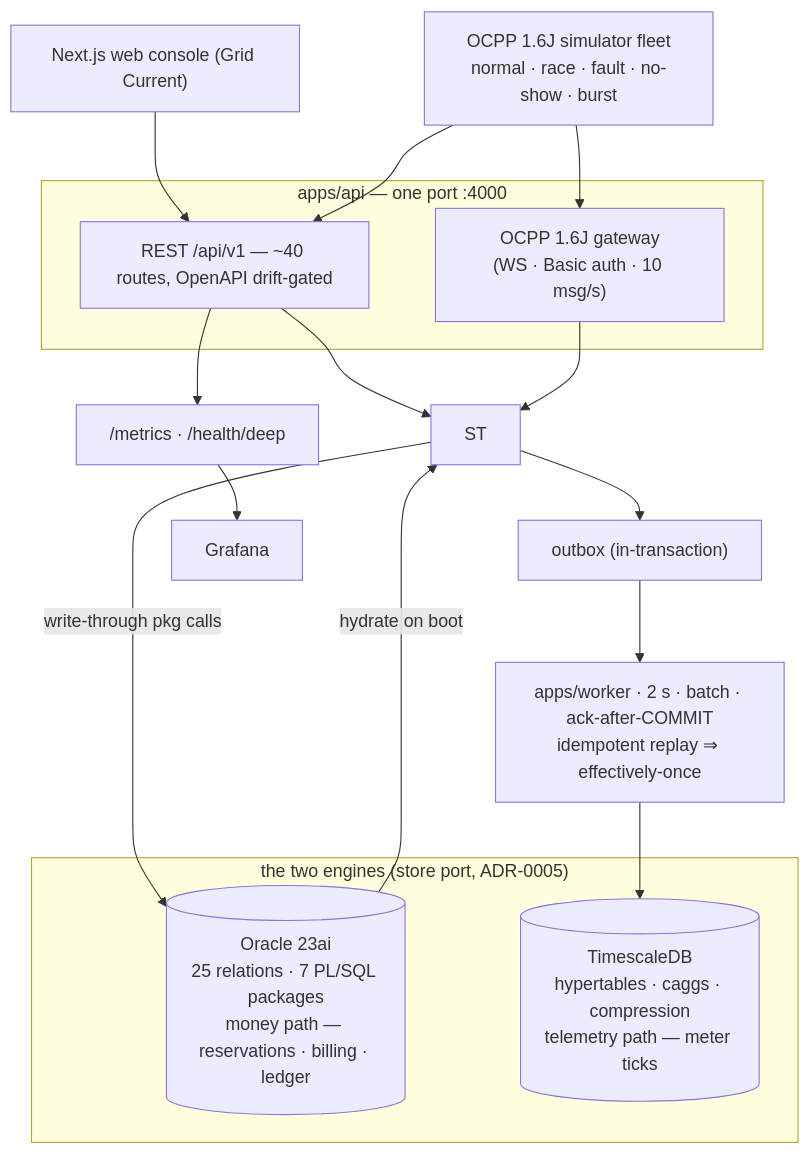
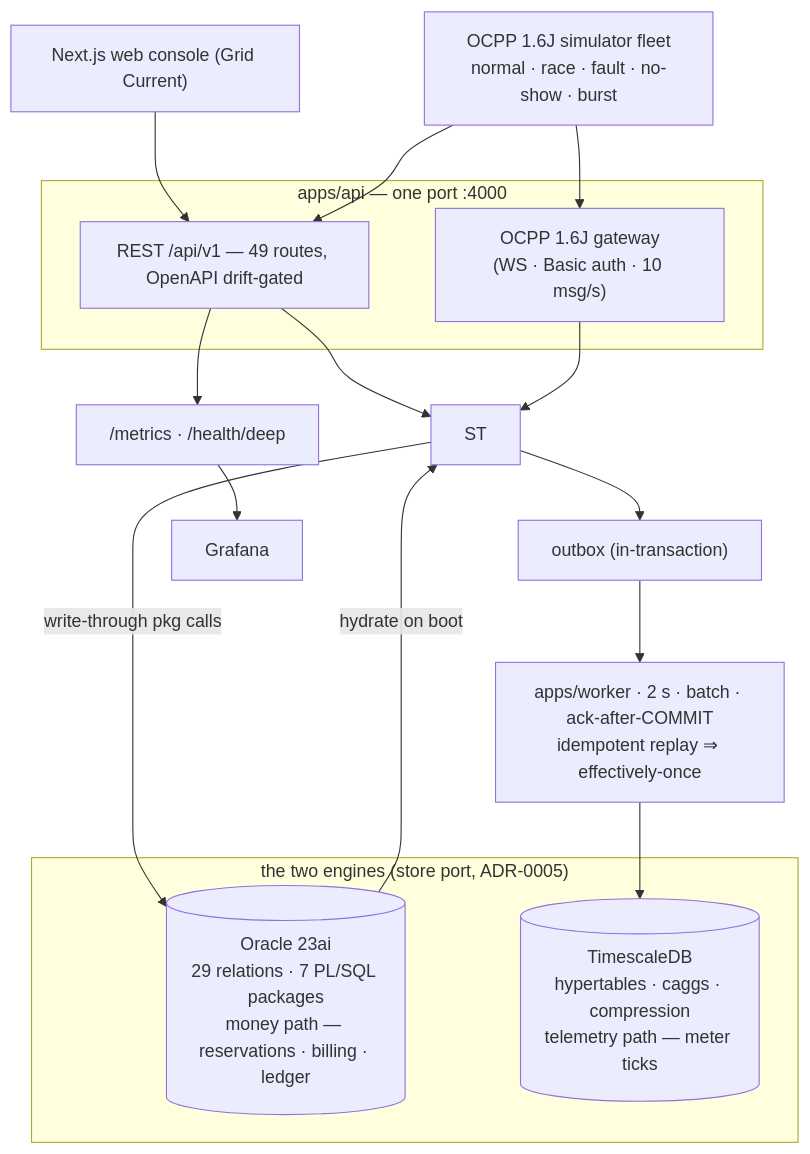
One commit to humoge7502/VoltHub-CSMS changed the diagram in README.md. Above: the diagram before and after it, drawn with Mermaid. The commit also changed other lines of this file and 17 other files, not shown here.

````diff
--- a/README.md
+++ b/README.md
@@ -95,22 +95,22 @@
 ```mermaid
 flowchart TB
   W["Next.js web console (Grid Current)"] --> REST
   SIM["OCPP 1.6J simulator fleet<br/>normal · race · fault · no-show · burst"] --> GW
   SIM --> REST
   subgraph API["apps/api — one port :4000"]
-    REST["REST /api/v1 — ~40 routes, OpenAPI drift-gated"]
+    REST["REST /api/v1 — 49 routes, OpenAPI drift-gated"]
     GW["OCPP 1.6J gateway<br/>(WS · Basic auth · 10 msg/s)"]
   end
   REST --> ST
   GW --> ST
   subgraph ENG["the two engines (store port, ADR-0005)"]
-    ORA[("Oracle 23ai<br/>25 relations · 7 PL/SQL packages<br/>money path — reservations · billing · ledger")]
+    ORA[("Oracle 23ai<br/>29 relations · 7 PL/SQL packages<br/>money path — reservations · billing · ledger")]
     TS[("TimescaleDB<br/>hypertables · caggs · compression<br/>telemetry path — meter ticks")]
   end
   ST -- "write-through pkg calls" --> ORA
   ORA -- "hydrate on boot" --> ST
   ST --> OB["outbox (in-transaction)"]
   OB --> REL["apps/worker · 2 s · batch · ack-after-COMMIT<br/>idempotent replay ⇒ effectively-once"]
   REL --> TS
   REST --> MX["/metrics · /health/deep"] --> GF["Grafana"]
 ```
````
